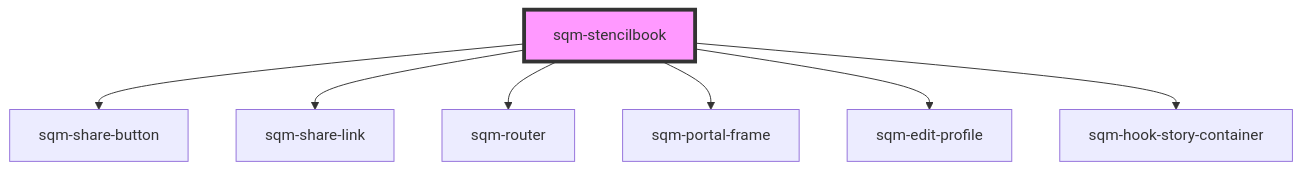
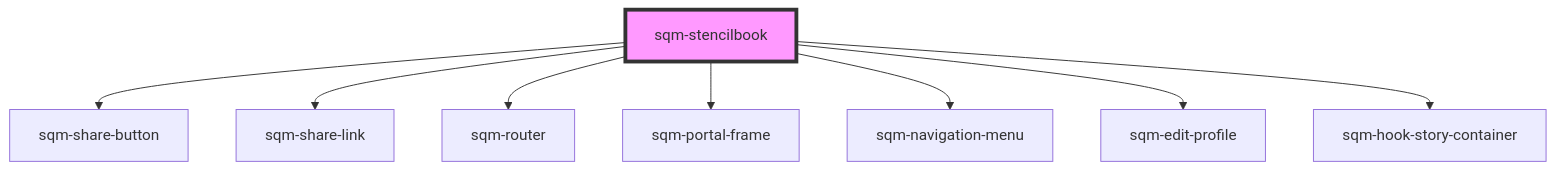
Before and after one commit to saasquatch/program-tools: the diagram in packages/mint-components/src/components/sqm-stencilbook/readme.md, drawn with Mermaid. The commit also changed other lines of this file and 12 other files, not shown here.

````diff
--- a/packages/mint-components/src/components/sqm-stencilbook/readme.md
+++ b/packages/mint-components/src/components/sqm-stencilbook/readme.md
@@ -20,10 +21,11 @@
 ```mermaid
 graph TD;
   sqm-stencilbook --> sqm-share-button
   sqm-stencilbook --> sqm-share-link
   sqm-stencilbook --> sqm-router
   sqm-stencilbook --> sqm-portal-frame
+  sqm-stencilbook --> sqm-navigation-menu
   sqm-stencilbook --> sqm-edit-profile
   sqm-stencilbook --> sqm-hook-story-container
   style sqm-stencilbook fill:#f9f,stroke:#333,stroke-width:4px
 ```
````
